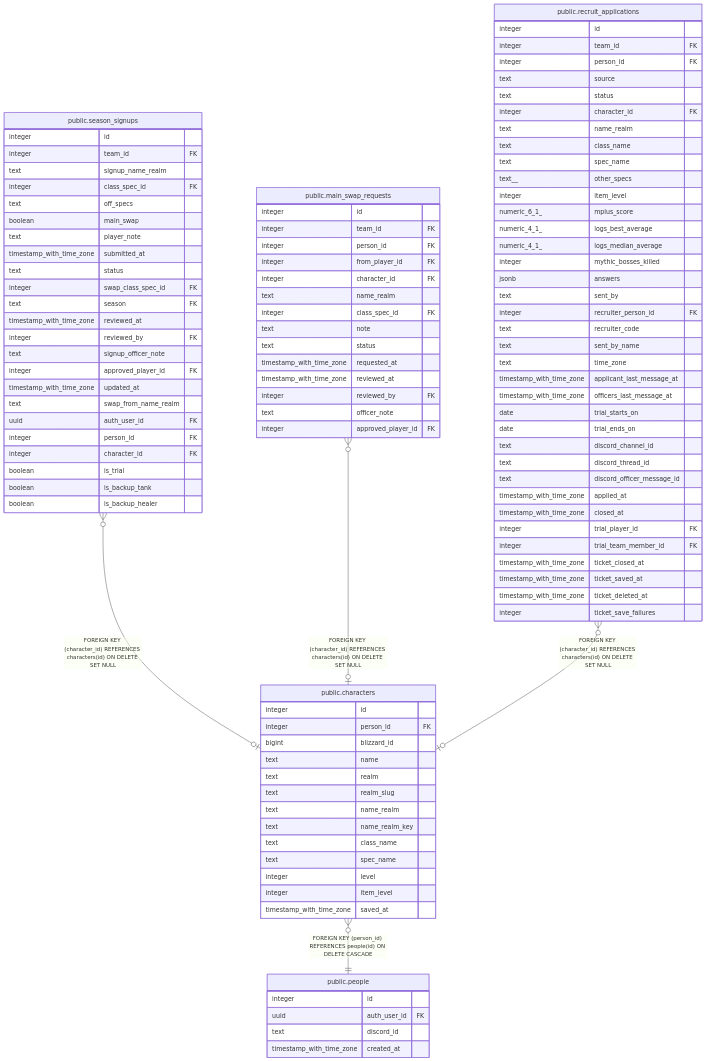
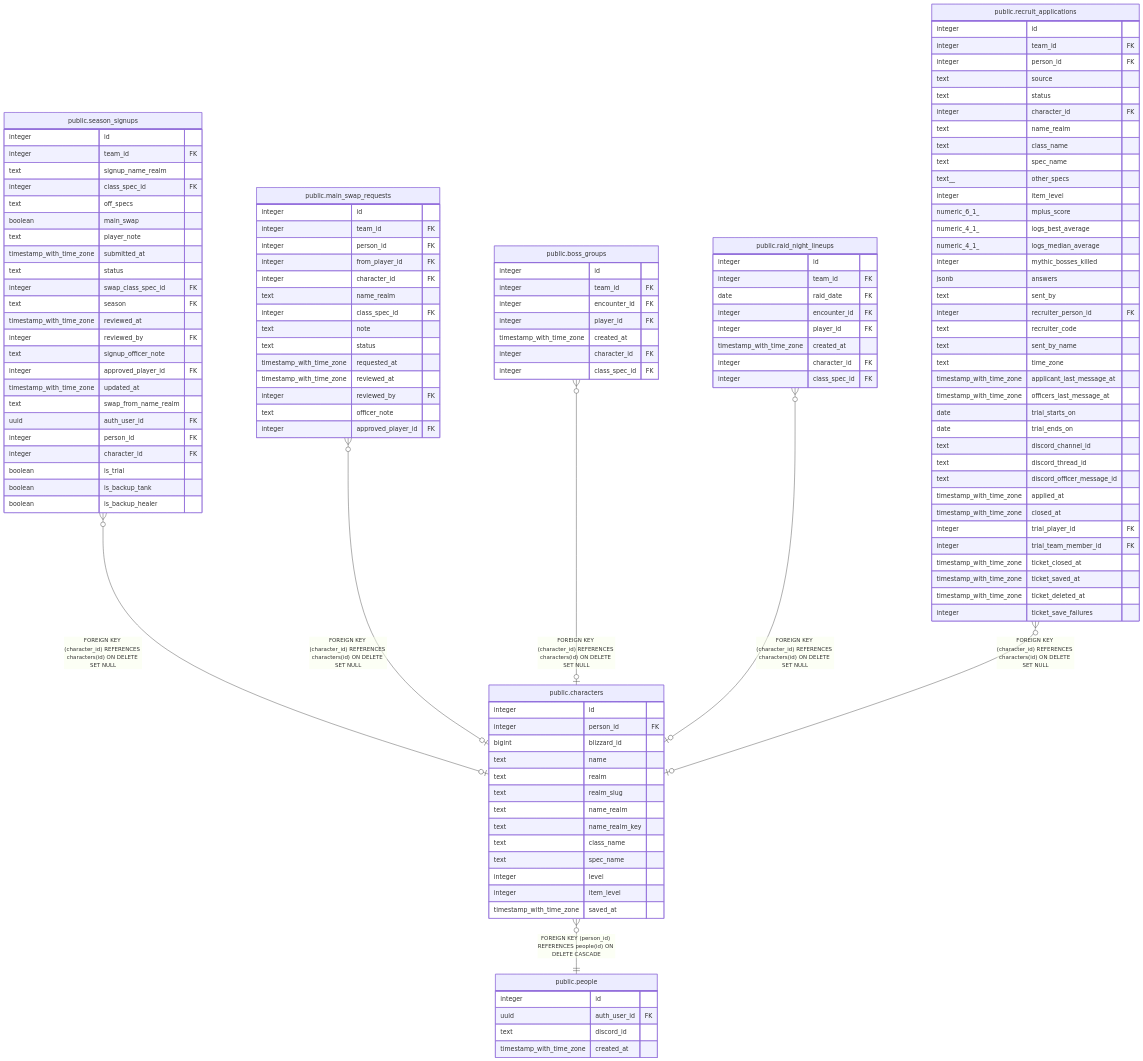
The diagram in dbdoc/public.characters.md (katogaming88/WGA-Raid-Hub), drawn with Mermaid before and after one commit. The commit also changed other lines of this file and 44 other files, not shown here.

First line of the commit message:
#1580: officers pick which character and spec a raider plays on each boss

```diff
--- a/dbdoc/public.characters.md
+++ b/dbdoc/public.characters.md
@@ -45,6 +51,8 @@
 
 "public.season_signups" }o--o| "public.characters" : "FOREIGN KEY (character_id) REFERENCES characters(id) ON DELETE SET NULL"
 "public.main_swap_requests" }o--o| "public.characters" : "FOREIGN KEY (character_id) REFERENCES characters(id) ON DELETE SET NULL"
+"public.boss_groups" }o--o| "public.characters" : "FOREIGN KEY (character_id) REFERENCES characters(id) ON DELETE SET NULL"
+"public.raid_night_lineups" }o--o| "public.characters" : "FOREIGN KEY (character_id) REFERENCES characters(id) ON DELETE SET NULL"
 "public.recruit_applications" }o--o| "public.characters" : "FOREIGN KEY (character_id) REFERENCES characters(id) ON DELETE SET NULL"
 "public.characters" }o--|| "public.people" : "FOREIGN KEY (person_id) REFERENCES people(id) ON DELETE CASCADE"
 
@@ -104,6 +112,25 @@
   text officer_note
   integer approved_player_id FK
 }
+"public.boss_groups" {
+  integer id
+  integer team_id FK
+  integer encounter_id FK
+  integer player_id FK
+  timestamp_with_time_zone created_at
+  integer character_id FK
+  integer class_spec_id FK
+}
+"public.raid_night_lineups" {
+  integer id
+  integer team_id FK
+  date raid_date FK
+  integer encounter_id FK
+  integer player_id FK
+  timestamp_with_time_zone created_at
+  integer character_id FK
+  integer class_spec_id FK
+}
 "public.recruit_applications" {
   integer id
   integer team_id FK
```
